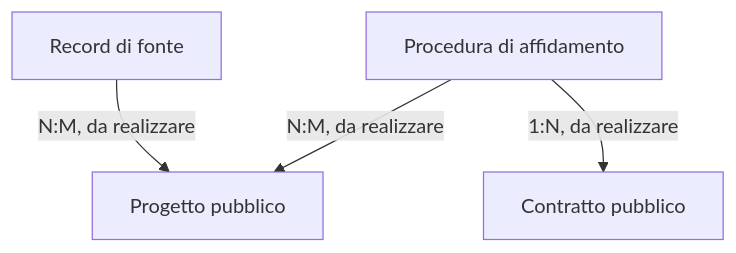
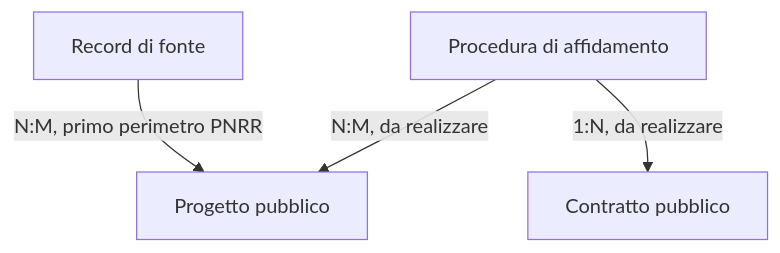
The third of 3 diagrams in docs/architecture/conceptual-schema.md (colazeta/Lamezia-Trasparente-Monitor), drawn with Mermaid before and after one commit. The commit also changed other lines of this file and 35 other files, not shown here.

````diff
--- a/docs/architecture/conceptual-schema.md
+++ b/docs/architecture/conceptual-schema.md
@@ -59,6 +59,6 @@
 ```mermaid
 flowchart TD
-  R["Record di fonte"] -->|"N:M, da realizzare"| P["Progetto pubblico"]
+  R["Record di fonte"] -->|"N:M, primo perimetro PNRR"| P["Progetto pubblico"]
   A["Procedura di affidamento"] -->|"N:M, da realizzare"| P
   A -->|"1:N, da realizzare"| C["Contratto pubblico"]
 ```
````
